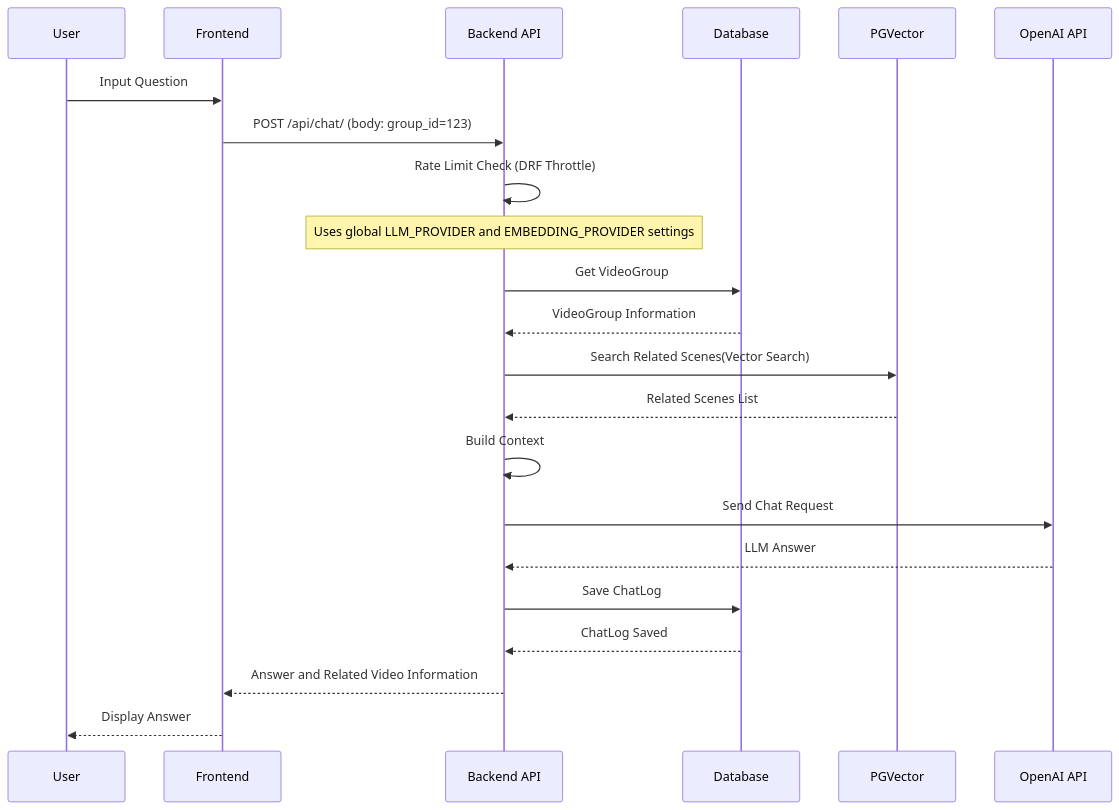
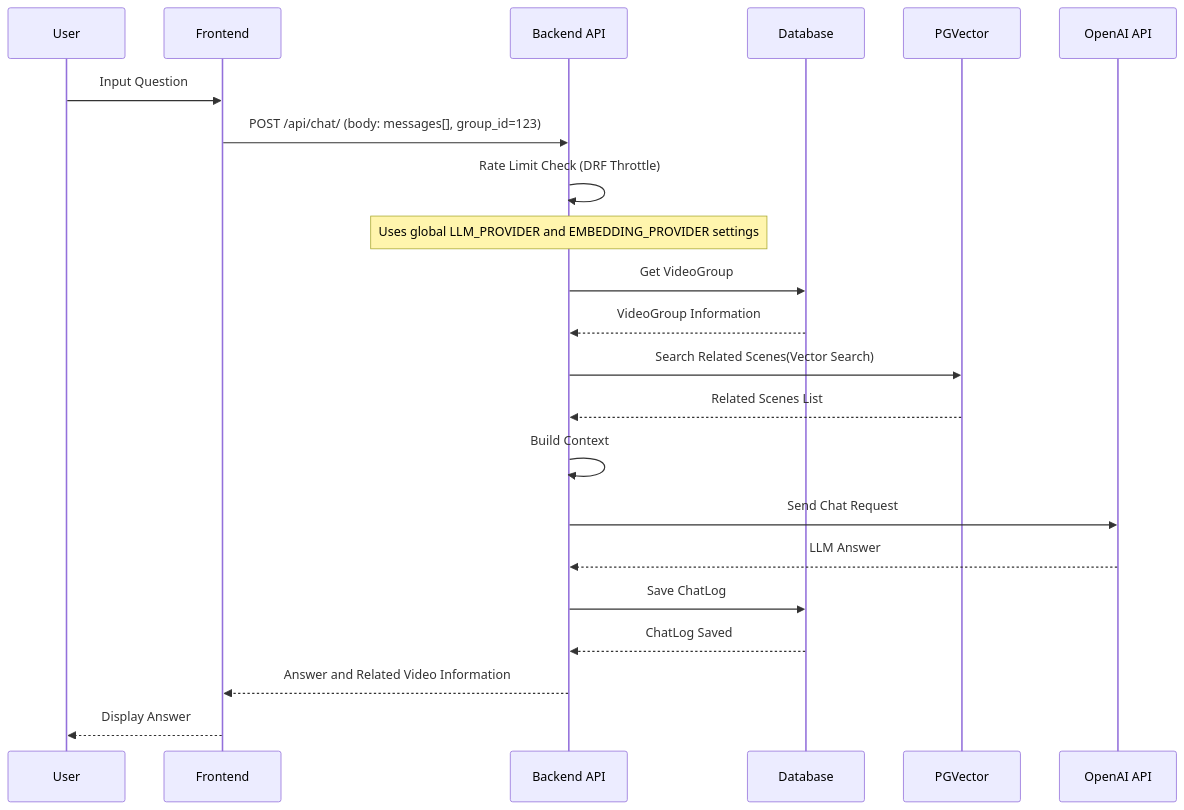
One commit to yukiharada1228/videoq changed the second of 11 diagrams in docs/design/sequence-diagram.md. Above: the diagram before and after it, drawn with Mermaid. The commit also changed other lines of this file and 9 other files, not shown here.

Commit message:
docs: sync diagrams with current implementation

````diff
--- a/docs/design/sequence-diagram.md
+++ b/docs/design/sequence-diagram.md
@@ -67,25 +67,25 @@
 ```mermaid
 sequenceDiagram
     participant User as User
     participant Frontend as Frontend
     participant Backend as Backend API
     participant DB as Database
     participant PGVector as PGVector
     participant OpenAI as OpenAI API
 
     User->>Frontend: Input Question
-    Frontend->>Backend: POST /api/chat/ (body: group_id=123)
+    Frontend->>Backend: POST /api/chat/ (body: messages[], group_id=123)
     Backend->>Backend: Rate Limit Check (DRF Throttle)
     Note over Backend: Uses global LLM_PROVIDER and EMBEDDING_PROVIDER settings
     Backend->>DB: Get VideoGroup
     DB-->>Backend: VideoGroup Information
     Backend->>PGVector: Search Related Scenes(Vector Search)
     PGVector-->>Backend: Related Scenes List
     Backend->>Backend: Build Context
     Backend->>OpenAI: Send Chat Request
     OpenAI-->>Backend: LLM Answer
     Backend->>DB: Save ChatLog
     DB-->>Backend: ChatLog Saved
     Backend-->>Frontend: Answer and Related Video Information
     Frontend-->>User: Display Answer
 ```
````
